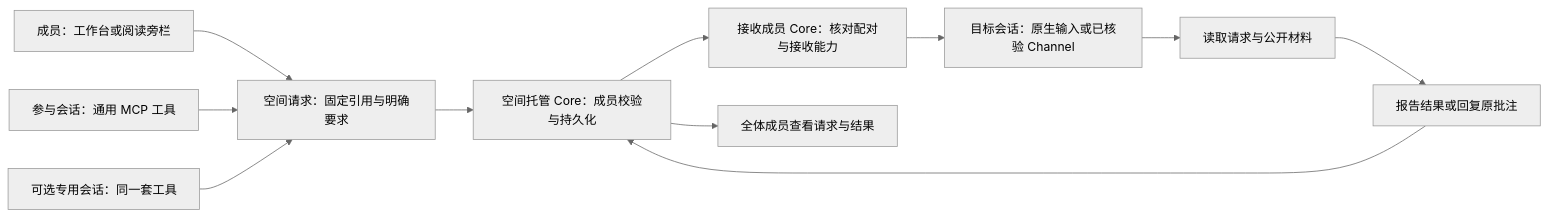
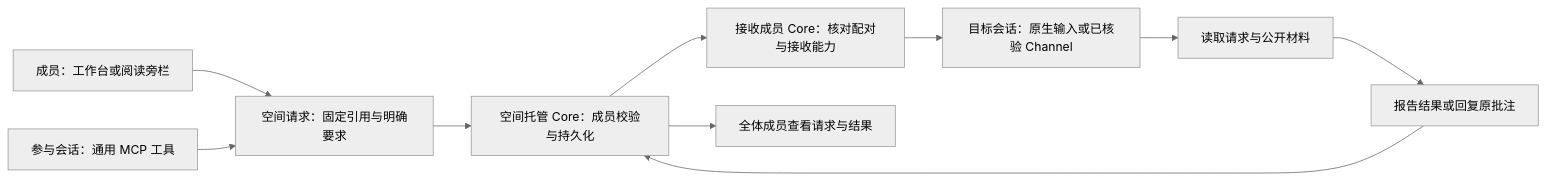
One commit to YTwsy/Team-Cross changed the diagram in docs/agent-wiki/sources/decisions/space-workbench.md. Above: the diagram before and after it, drawn with Mermaid (neutral theme). The commit also changed other lines of this file and 150 other files, not shown here.

Commit message:
feat: enable direct in-flow setup and remove dedicated session role

````diff
--- a/docs/agent-wiki/sources/decisions/space-workbench.md
+++ b/docs/agent-wiki/sources/decisions/space-workbench.md
@@ -21,13 +23,12 @@
 ```mermaid
 flowchart LR
     H[成员：工作台或阅读旁栏] --> R[空间请求：固定引用与明确要求]
     A[参与会话：通用 MCP 工具] --> R
-    C[可选专用会话：同一套工具] --> R
     R --> S[空间托管 Core：成员校验与持久化]
     S --> B[接收成员 Core：核对配对与接收能力]
     B --> N[目标会话：原生输入或已核验 Channel]
     N --> Q[读取请求与公开材料]
     Q --> F[报告结果或回复原批注]
     F --> S
     S --> V[全体成员查看请求与结果]
 ```
````
